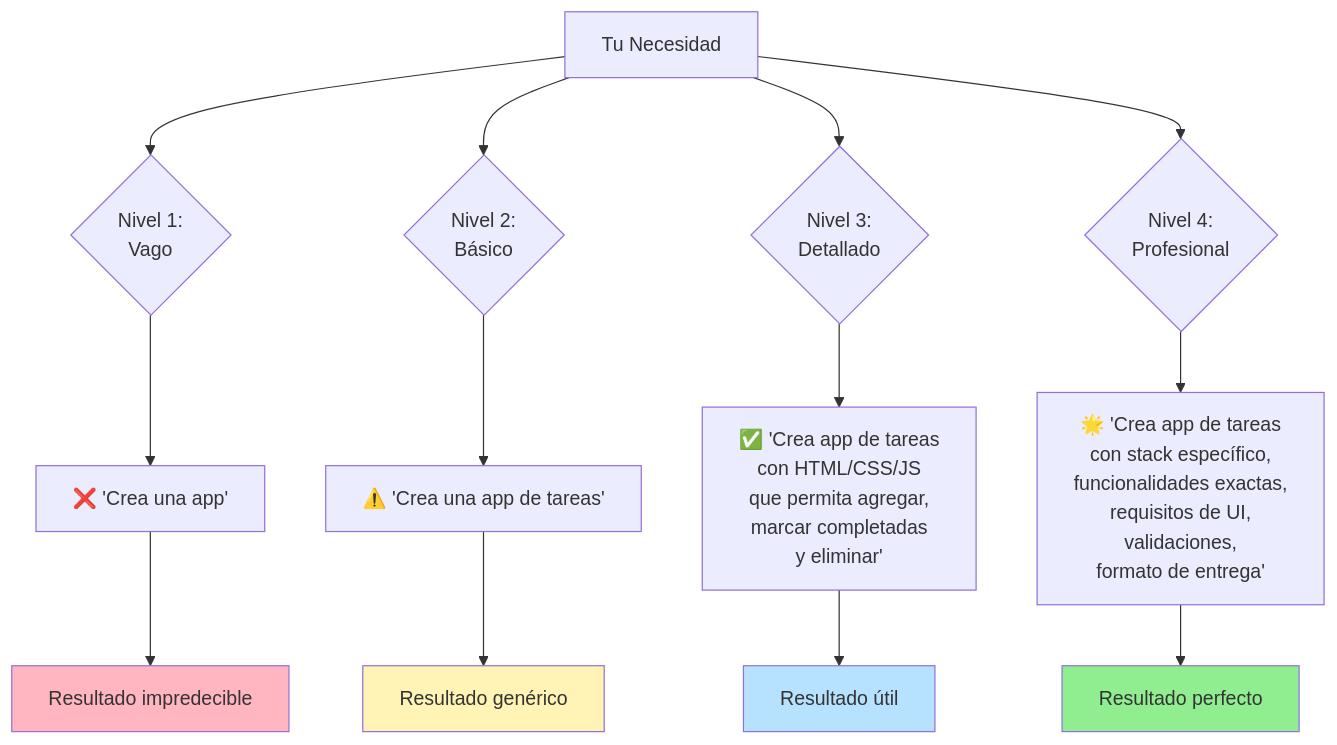
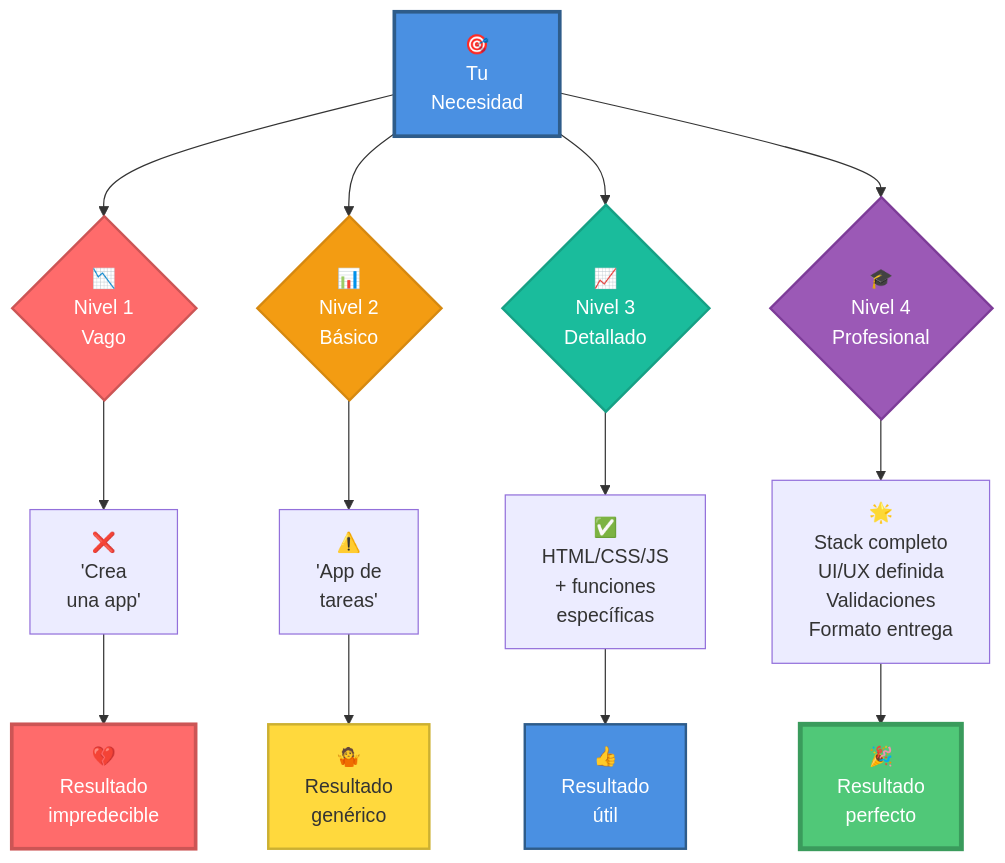
One commit to Ai-Whisperers/Courses-Content changed the second of 18 diagrams in courses/🟡-development/FPUNA-2026/00-FUNDAMENTOS-PRINCIPALES/03-ingenieria-prompts.md. Above: the diagram before and after it, drawn with Mermaid. The commit also changed other lines of this file, not shown here.

First line of the commit message:
Improve first 5 Mermaid diagrams in 03-ingenieria-prompts.md (5/18)

````diff
--- a/courses/🟡-development/FPUNA-2026/00-FUNDAMENTOS-PRINCIPALES/03-ingenieria-prompts.md
+++ b/courses/🟡-development/FPUNA-2026/00-FUNDAMENTOS-PRINCIPALES/03-ingenieria-prompts.md
@@ -84,24 +90,29 @@
 ```mermaid
 flowchart TD
-    Start[Tu Necesidad] --> Level1{Nivel 1:<br/>Vago}
-    Level1 --> Bad[❌ 'Crea una app']
+    Start["🎯<br/>Tu<br/>Necesidad"] --> Level1{"📉<br/>Nivel 1<br/>Vago"}
+    Level1 --> Bad["❌<br/>'Crea<br/>una app'"]
     
-    Start --> Level2{Nivel 2:<br/>Básico}
-    Level2 --> OK[⚠️ 'Crea una app de tareas']
+    Start --> Level2{"📊<br/>Nivel 2<br/>Básico"}
+    Level2 --> OK["⚠️<br/>'App de<br/>tareas'"]
     
-    Start --> Level3{Nivel 3:<br/>Detallado}
-    Level3 --> Good[✅ 'Crea app de tareas<br/>con HTML/CSS/JS<br/>que permita agregar,<br/>marcar completadas<br/>y eliminar']
+    Start --> Level3{"📈<br/>Nivel 3<br/>Detallado"}
+    Level3 --> Good["✅<br/>HTML/CSS/JS<br/>+ funciones<br/>específicas"]
     
-    Start --> Level4{Nivel 4:<br/>Profesional}
-    Level4 --> Great[🌟 'Crea app de tareas<br/>con stack específico,<br/>funcionalidades exactas,<br/>requisitos de UI,<br/>validaciones,<br/>formato de entrega']
+    Start --> Level4{"🎓<br/>Nivel 4<br/>Profesional"}
+    Level4 --> Great["🌟<br/>Stack completo<br/>UI/UX definida<br/>Validaciones<br/>Formato entrega"]
     
-    Bad --> ResultBad[Resultado impredecible]
-    OK --> ResultOK[Resultado genérico]
-    Good --> ResultGood[Resultado útil]
-    Great --> ResultGreat[Resultado perfecto]
+    Bad --> ResultBad["💔<br/>Resultado<br/>impredecible"]
+    OK --> ResultOK["🤷<br/>Resultado<br/>genérico"]
+    Good --> ResultGood["👍<br/>Resultado<br/>útil"]
+    Great --> ResultGreat["🎉<br/>Resultado<br/>perfecto"]
     
-    style ResultBad fill:#FFB6C1
-    style ResultOK fill:#FFF4B6
-    style ResultGood fill:#B6E1FF
-    style ResultGreat fill:#90EE90
+    style Start fill:#4A90E2,stroke:#2E5C8A,stroke-width:3px,color:#fff
+    style Level1 fill:#FF6B6B,stroke:#CC5555,stroke-width:2px,color:#fff
+    style Level2 fill:#F39C12,stroke:#D68910,stroke-width:2px,color:#fff
+    style Level3 fill:#1ABC9C,stroke:#16A085,stroke-width:2px,color:#fff
+    style Level4 fill:#9B59B6,stroke:#7D3C98,stroke-width:2px,color:#fff
+    style ResultBad fill:#FF6B6B,stroke:#CC5555,stroke-width:3px,color:#fff
+    style ResultOK fill:#FFD93D,stroke:#CCB031,stroke-width:2px,color:#333
+    style ResultGood fill:#4A90E2,stroke:#2E5C8A,stroke-width:2px,color:#fff
+    style ResultGreat fill:#50C878,stroke:#3A9B5C,stroke-width:4px,color:#fff
 ```
````
